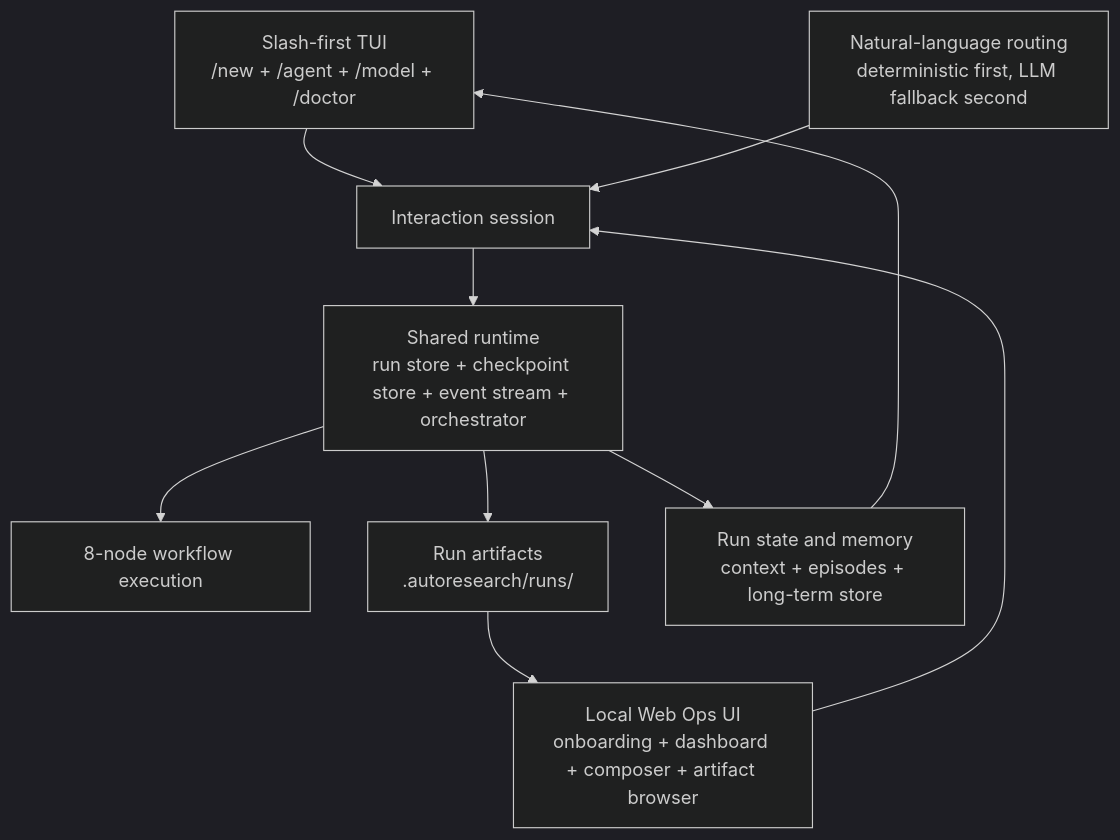
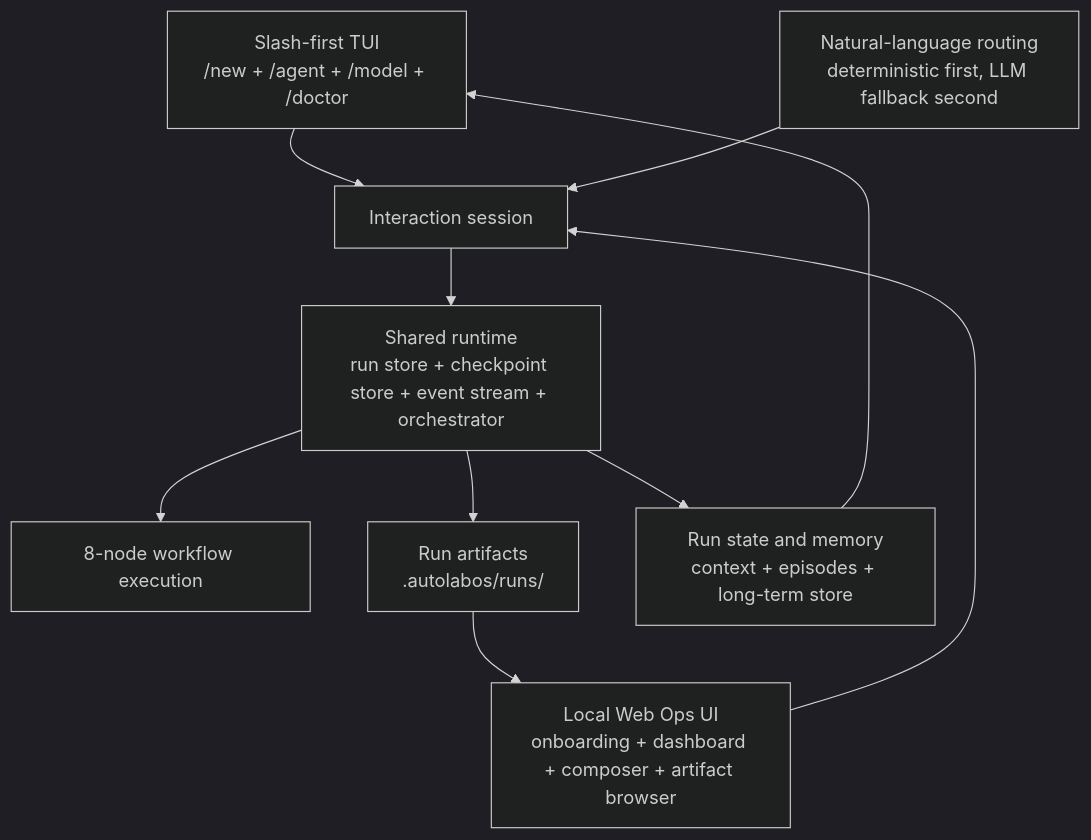
The fourth of 5 diagrams in README.md (lhy0718/AutoResearch), drawn with Mermaid (dark theme) before and after one commit. The commit also changed other lines of this file and 99 other files, not shown here.

````diff
--- a/README.md
+++ b/README.md
@@ -265,14 +265,14 @@
 ```mermaid
 flowchart TB
     TUI["Slash-first TUI<br/>/new + /agent + /model + /doctor"] --> Session["Interaction session"]
     Web["Local Web Ops UI<br/>onboarding + dashboard + composer + artifact browser"] --> Session
     Natural["Natural-language routing<br/>deterministic first, LLM fallback second"] --> Session
 
     Session --> Runtime["Shared runtime<br/>run store + checkpoint store + event stream + orchestrator"]
     Runtime --> Nodes["8-node workflow execution"]
-    Runtime --> Artifacts["Run artifacts<br/>.autoresearch/runs/<run_id>"]
+    Runtime --> Artifacts["Run artifacts<br/>.autolabos/runs/<run_id>"]
     Runtime --> State["Run state and memory<br/>context + episodes + long-term store"]
 
     Artifacts --> Web
     State --> TUI
 ```
````
